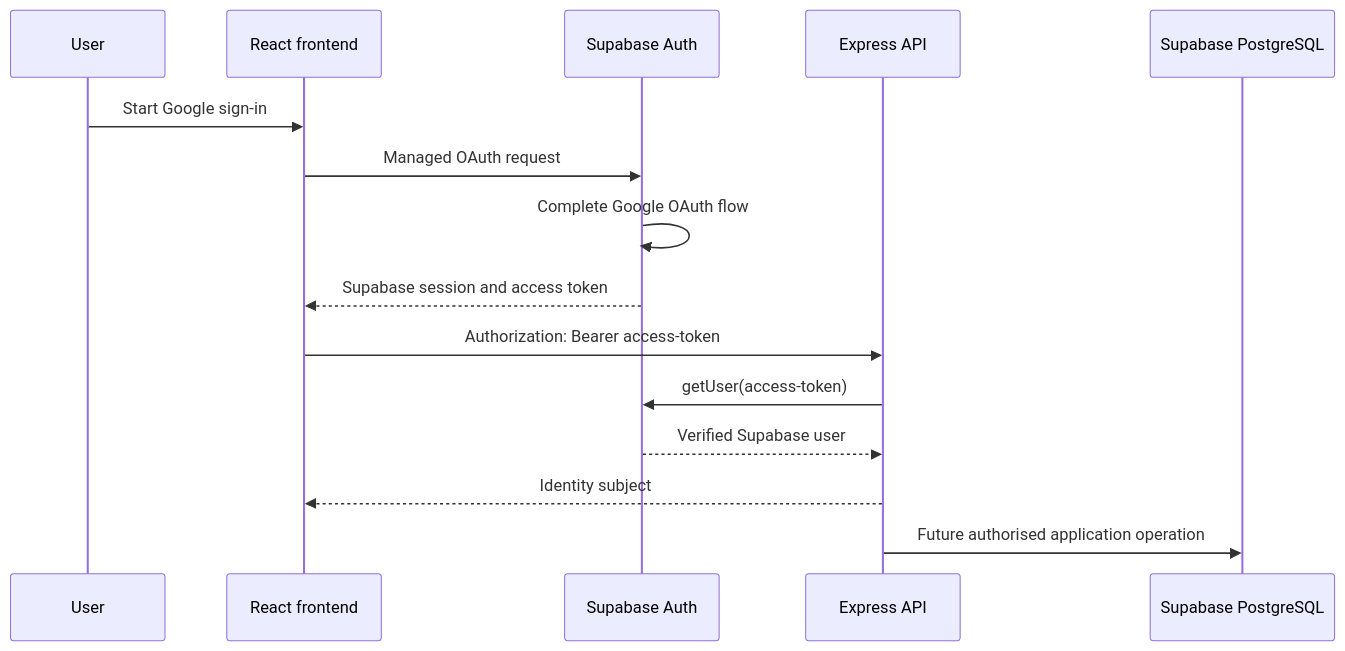
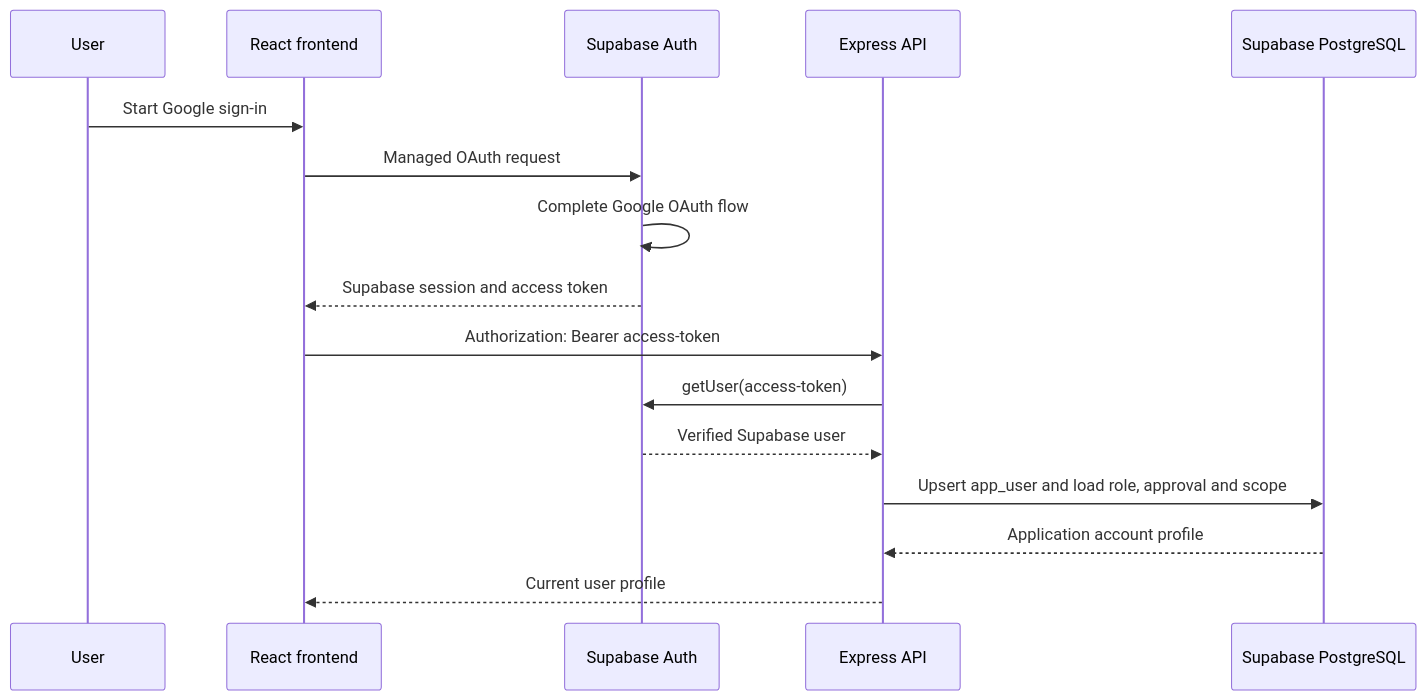
One commit to NadavSundy/Sport-Analytics-Tool changed the diagram in docs/security/authentication.md. Above: the diagram before and after it, drawn with Mermaid. The commit also changed other lines of this file and 37 other files, not shown here.

First line of the commit message:
feat(api): add account authorisation

````diff
--- a/docs/security/authentication.md
+++ b/docs/security/authentication.md
@@ -19,18 +21,19 @@
 ```mermaid
 sequenceDiagram
     participant User
     participant Frontend as React frontend
     participant Supabase as Supabase Auth
     participant API as Express API
     participant Database as Supabase PostgreSQL
 
     User->>Frontend: Start Google sign-in
     Frontend->>Supabase: Managed OAuth request
     Supabase->>Supabase: Complete Google OAuth flow
     Supabase-->>Frontend: Supabase session and access token
     Frontend->>API: Authorization: Bearer access-token
     API->>Supabase: getUser(access-token)
     Supabase-->>API: Verified Supabase user
-    API-->>Frontend: Identity subject
-    API->>Database: Future authorised application operation
+    API->>Database: Upsert app_user and load role, approval and scope
+    Database-->>API: Application account profile
+    API-->>Frontend: Current user profile
 ```
````
